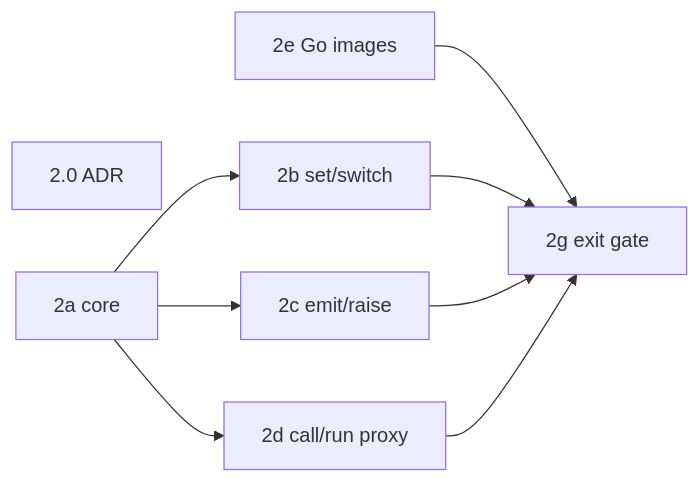
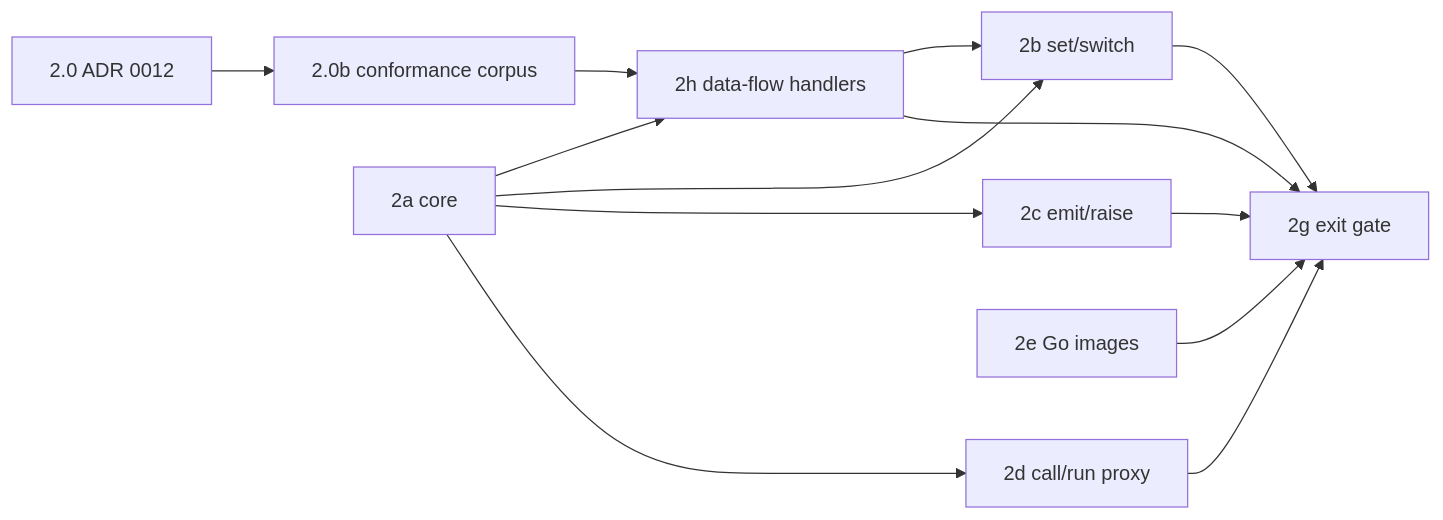
One commit to tonylibs/dapr-workflow-spec changed the second of 3 diagrams in docs/roadmaps/workflow-runtime-architecture-roadmap.md. Above: the diagram before and after it, drawn with Mermaid. The commit also changed other lines of this file and 1 other file, not shown here.

Commit message:
chore(adr): update adr

````diff
--- a/docs/roadmaps/workflow-runtime-architecture-roadmap.md
+++ b/docs/roadmaps/workflow-runtime-architecture-roadmap.md
@@ -225,11 +225,15 @@
 ```mermaid
 flowchart LR
-  A0["2.0 ADR"]
-  A["2a core"] --> B["2b set/switch"]
+  A0["2.0 ADR 0012"] --> K["2.0b conformance corpus"]
+  A["2a core"] --> H["2h data-flow handlers"]
+  K --> H
+  H --> B["2b set/switch"]
+  A --> B
   A --> C["2c emit/raise"]
   A --> D["2d call/run proxy"]
   E["2e Go images"] --> G["2g exit gate"]
   B --> G
   C --> G
   D --> G
+  H --> G
 ```
````
